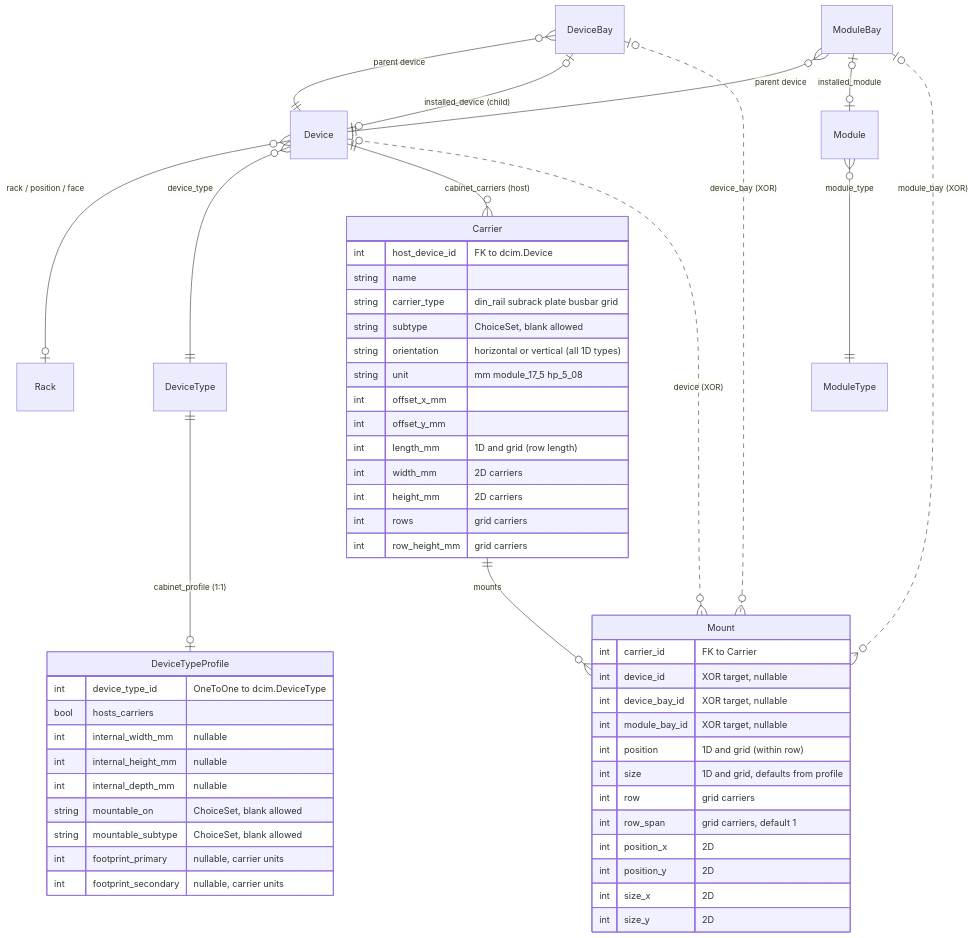
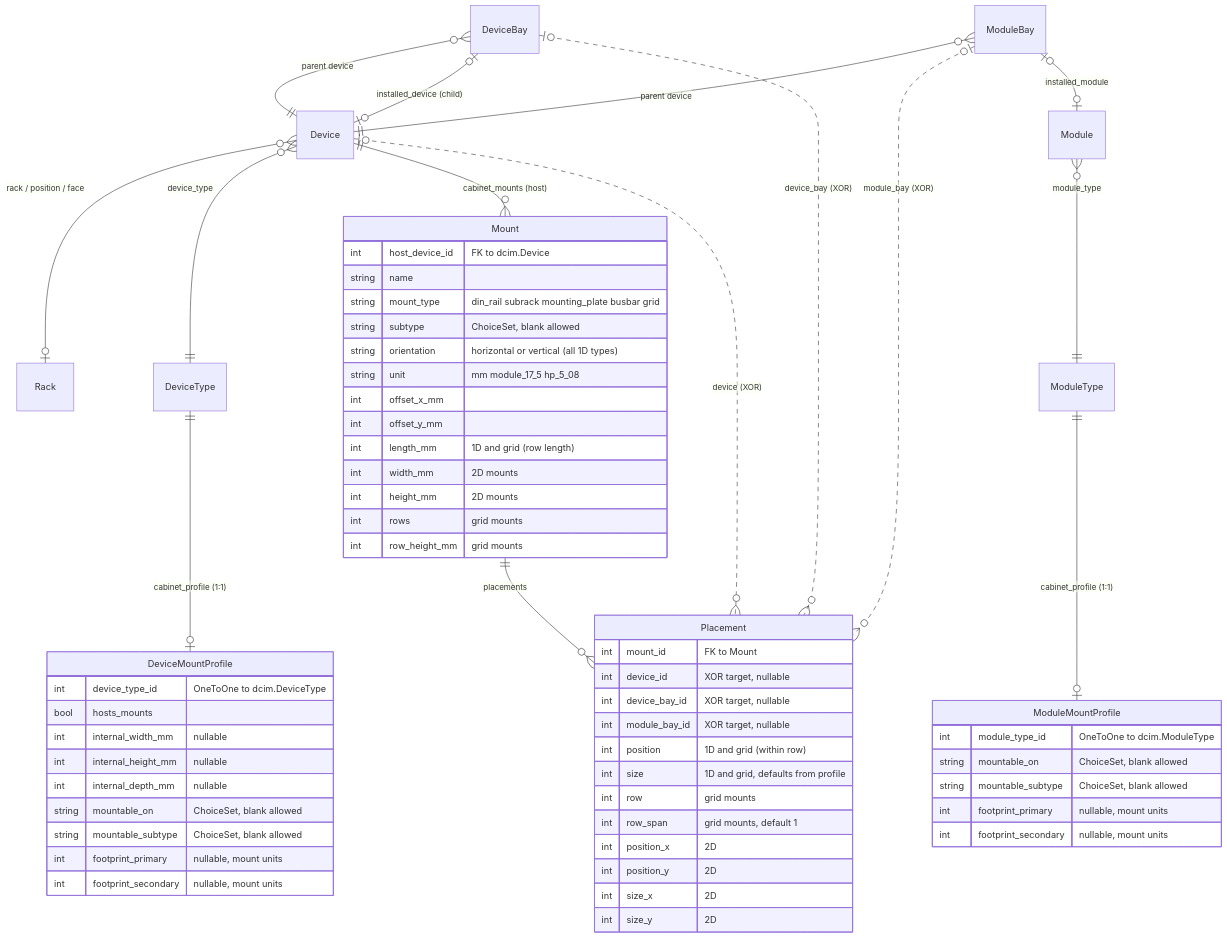
The diagram in README.md (TheFlyingCorpse/netbox-cabinet-view), drawn with Mermaid before and after one commit. The commit also changed other lines of this file and 3 other files, not shown here.

````diff
--- a/README.md
+++ b/README.md
@@ -44,59 +46,67 @@
 ```mermaid
 erDiagram
     Device             }o--o| Rack         : "rack / position / face"
     Device             }o--|| DeviceType   : "device_type"
     Module             }o--|| ModuleType   : "module_type"
     DeviceBay          }o--|| Device       : "parent device"
     DeviceBay          |o--o| Device       : "installed_device (child)"
     ModuleBay          }o--|| Device       : "parent device"
     ModuleBay          |o--o| Module       : "installed_module"
 
-    DeviceType         ||--o| DeviceTypeProfile : "cabinet_profile (1:1)"
-    Device             ||--o{ Carrier           : "cabinet_carriers (host)"
-    Carrier            ||--o{ Mount             : "mounts"
+    DeviceType         ||--o| DeviceMountProfile : "cabinet_profile (1:1)"
+    ModuleType         ||--o| ModuleMountProfile : "cabinet_profile (1:1)"
+    Device             ||--o{ Mount              : "cabinet_mounts (host)"
+    Mount              ||--o{ Placement          : "placements"
 
-    Device             |o..o{ Mount             : "device (XOR)"
-    DeviceBay          |o..o{ Mount             : "device_bay (XOR)"
-    ModuleBay          |o..o{ Mount             : "module_bay (XOR)"
+    Device             |o..o{ Placement          : "device (XOR)"
+    DeviceBay          |o..o{ Placement          : "device_bay (XOR)"
+    ModuleBay          |o..o{ Placement          : "module_bay (XOR)"
 
-    DeviceTypeProfile {
+    DeviceMountProfile {
         int     device_type_id              "OneToOne to dcim.DeviceType"
-        bool    hosts_carriers
+        bool    hosts_mounts
         int     internal_width_mm           "nullable"
         int     internal_height_mm          "nullable"
         int     internal_depth_mm           "nullable"
         string  mountable_on                "ChoiceSet, blank allowed"
         string  mountable_subtype           "ChoiceSet, blank allowed"
-        int     footprint_primary           "nullable, carrier units"
-        int     footprint_secondary         "nullable, carrier units"
+        int     footprint_primary           "nullable, mount units"
+        int     footprint_secondary         "nullable, mount units"
     }
-    Carrier {
+    ModuleMountProfile {
+        int     module_type_id              "OneToOne to dcim.ModuleType"
+        string  mountable_on                "ChoiceSet, blank allowed"
+        string  mountable_subtype           "ChoiceSet, blank allowed"
+        int     footprint_primary           "nullable, mount units"
+        int     footprint_secondary         "nullable, mount units"
+    }
+    Mount {
         int     host_device_id              "FK to dcim.Device"
         string  name
-        string  carrier_type                "din_rail subrack plate busbar grid"
+        string  mount_type                  "din_rail subrack mounting_plate busbar grid"
         string  subtype                     "ChoiceSet, blank allowed"
         string  orientation                 "horizontal or vertical (all 1D types)"
         string  unit                        "mm module_17_5 hp_5_08"
         int     offset_x_mm
         int     offset_y_mm
         int     length_mm                   "1D and grid (row length)"
-        int     width_mm                    "2D carriers"
-        int     height_mm                   "2D carriers"
-        int     rows                        "grid carriers"
-        int     row_height_mm               "grid carriers"
+        int     width_mm                    "2D mounts"
+        int     height_mm                   "2D mounts"
+        int     rows                        "grid mounts"
+        int     row_height_mm               "grid mounts"
     }
-    Mount {
-        int     carrier_id                  "FK to Carrier"
+    Placement {
+        int     mount_id                    "FK to Mount"
         int     device_id                   "XOR target, nullable"
         int     device_bay_id               "XOR target, nullable"
         int     module_bay_id               "XOR target, nullable"
         int     position                    "1D and grid (within row)"
         int     size                        "1D and grid, defaults from profile"
-        int     row                         "grid carriers"
-        int     row_span                    "grid carriers, default 1"
+        int     row                         "grid mounts"
+        int     row_span                    "grid mounts, default 1"
         int     position_x                  "2D"
         int     position_y                  "2D"
         int     size_x                      "2D"
         int     size_y                      "2D"
     }
 ```
````
